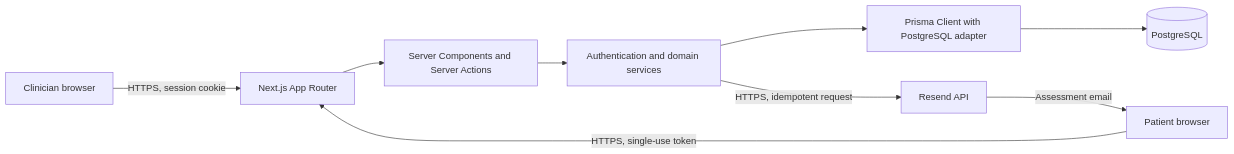
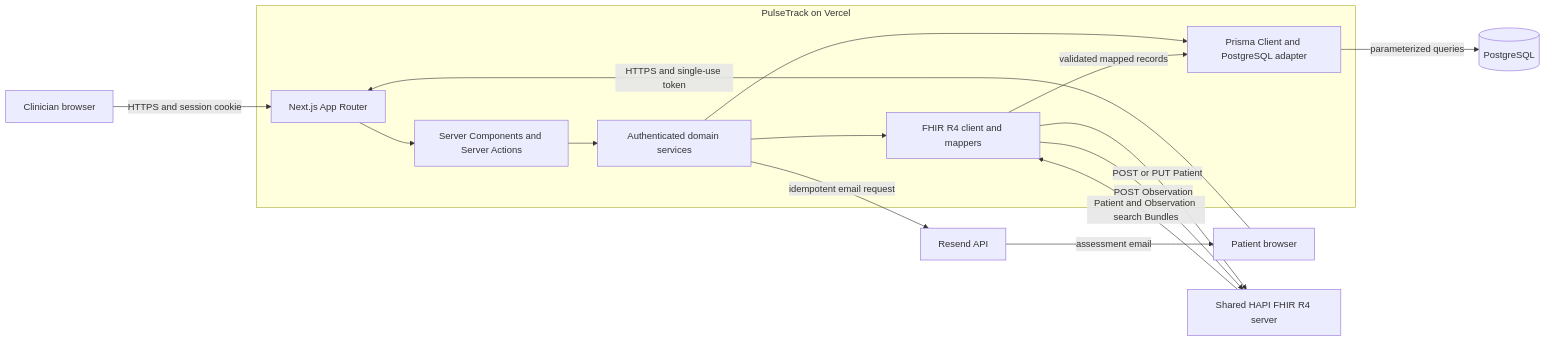
One commit to MaryamHmayed/pulsetrack changed the first of 2 diagrams in README.md. Above: the diagram before and after it, drawn with Mermaid. The commit also changed other lines of this file, not shown here.

Commit message:
document FHIR integration

````diff
--- a/README.md
+++ b/README.md
@@ -201,20 +266,31 @@
 ```mermaid
 flowchart LR
     C[Clinician browser]
     P[Patient browser]
-    N[Next.js App Router]
-    S[Server Components and Server Actions]
-    D[Authentication and domain services]
-    O[Prisma Client with PostgreSQL adapter]
+
+    subgraph PT[PulseTrack on Vercel]
+        N[Next.js App Router]
+        S[Server Components and Server Actions]
+        D[Authenticated domain services]
+        F[FHIR R4 client and mappers]
+        O[Prisma Client and PostgreSQL adapter]
+    end
+
     DB[(PostgreSQL)]
     R[Resend API]
+    H[Shared HAPI FHIR R4 server]
 
-    C -->|HTTPS, session cookie| N
-    P -->|HTTPS, single-use token| N
+    C -->|HTTPS and session cookie| N
+    P -->|HTTPS and single-use token| N
     N --> S
     S --> D
     D --> O
-    O --> DB
-    D -->|HTTPS, idempotent request| R
-    R -->|Assessment email| P
+    O -->|parameterized queries| DB
+    D -->|idempotent email request| R
+    R -->|assessment email| P
+    D --> F
+    F -->|POST or PUT Patient| H
+    F -->|POST Observation| H
+    H -->|Patient and Observation search Bundles| F
+    F -->|validated mapped records| O
 ```
````
